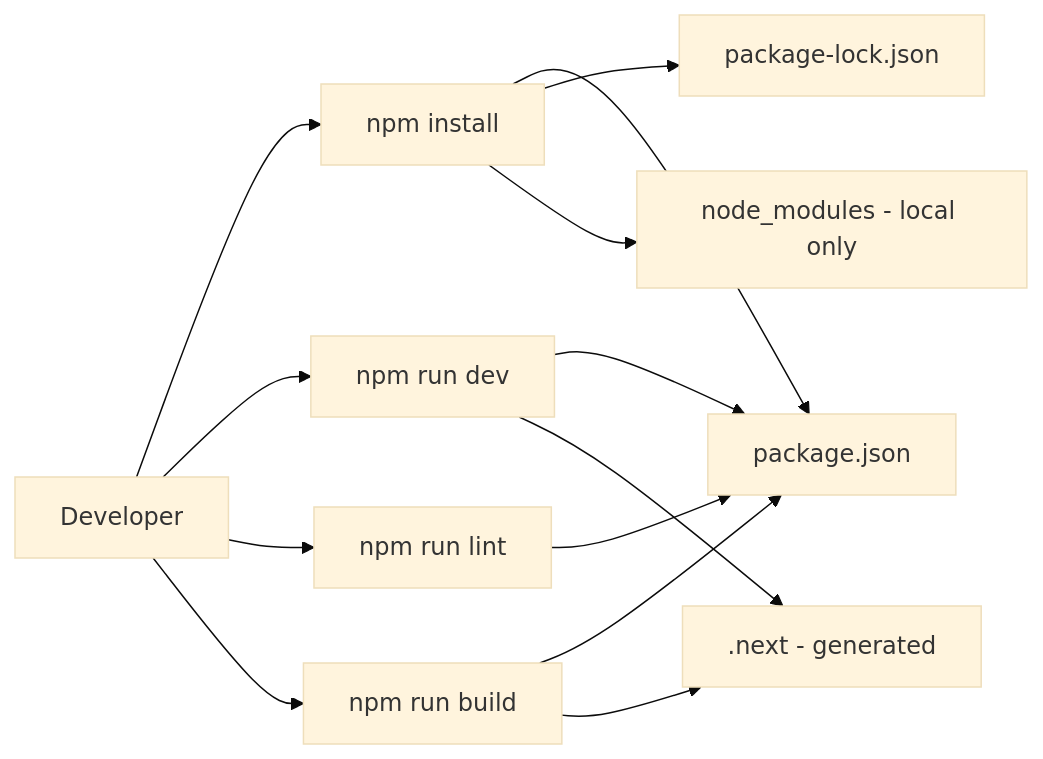
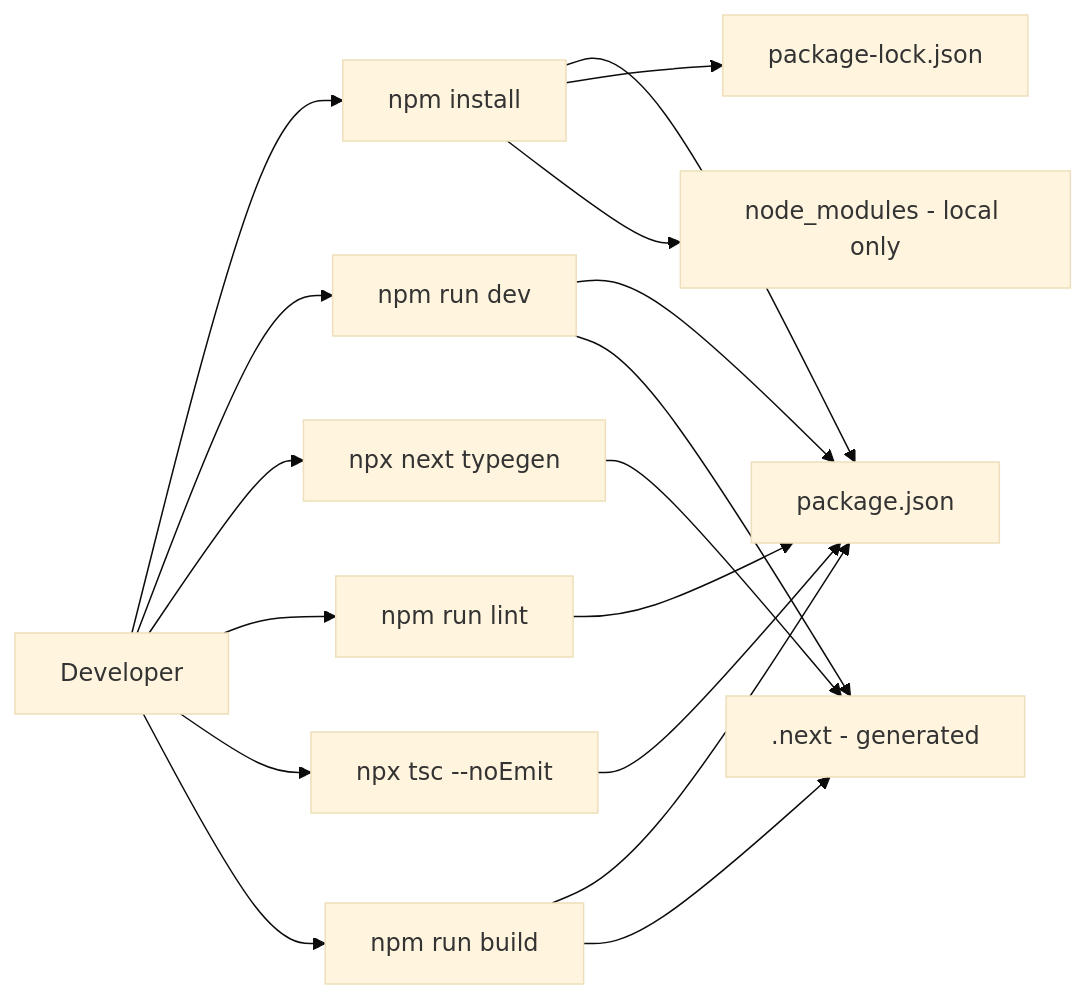
Before and after one commit to jianna-acc/stsp-capstone: the fourth of 31 diagrams in docs/ARCHITECTURE.md, drawn with Mermaid (base theme). The commit also changed other lines of this file and 29 other files, not shown here.

````diff
--- a/docs/ARCHITECTURE.md
+++ b/docs/ARCHITECTURE.md
@@ -163,28 +230,35 @@
 ```mermaid
 flowchart LR
     DEVELOPER["Developer"]
     INSTALL["npm install"]
     DEV["npm run dev"]
+    TYPEGEN["npx next typegen"]
     LINT["npm run lint"]
+    TYPECHECK["npx tsc --noEmit"]
     BUILD["npm run build"]
     PACKAGE["package.json"]
     LOCK["package-lock.json"]
     MODULES["node_modules - local only"]
     NEXT_OUTPUT[".next - generated"]
 
     DEVELOPER --> INSTALL
     INSTALL --> PACKAGE
     INSTALL --> LOCK
     INSTALL --> MODULES
 
     DEVELOPER --> DEV
     DEV --> PACKAGE
     DEV --> NEXT_OUTPUT
 
+    DEVELOPER --> TYPEGEN
+    TYPEGEN --> NEXT_OUTPUT
+
     DEVELOPER --> LINT
+    DEVELOPER --> TYPECHECK
+    DEVELOPER --> BUILD
+
     LINT --> PACKAGE
-
-    DEVELOPER --> BUILD
+    TYPECHECK --> PACKAGE
     BUILD --> PACKAGE
     BUILD --> NEXT_OUTPUT
 ```
````
